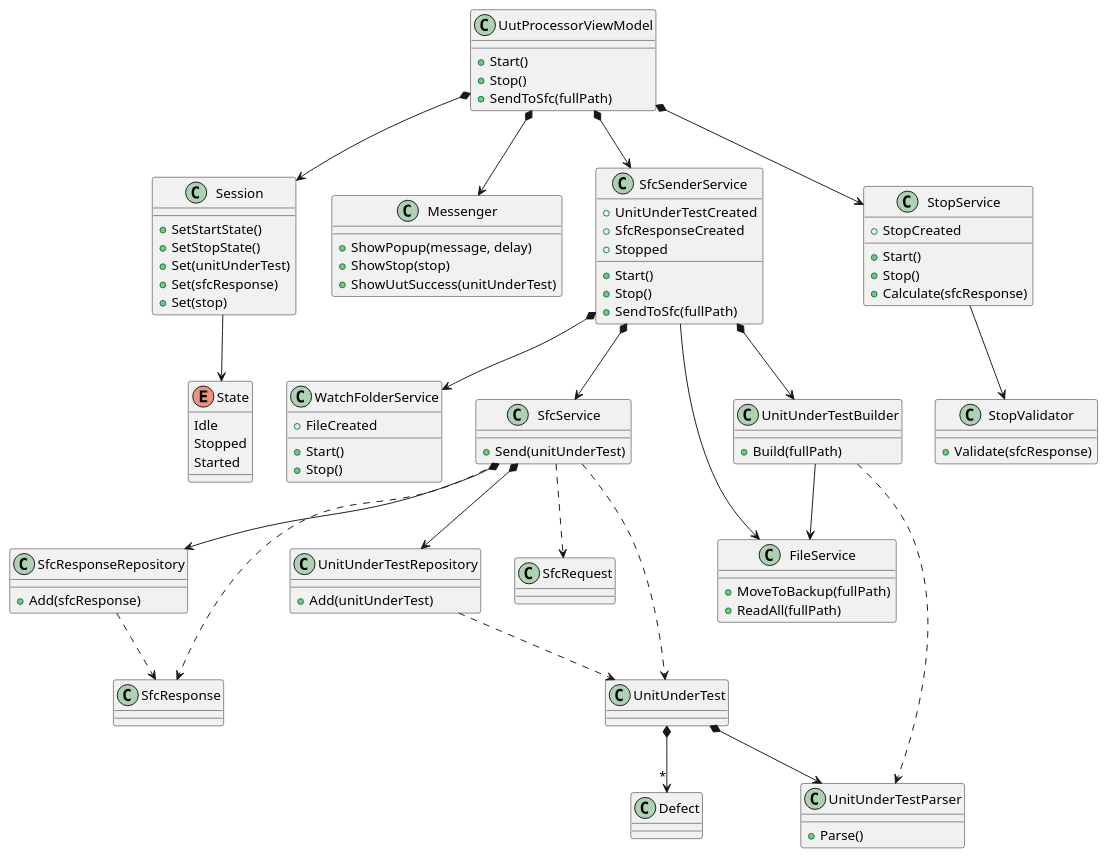
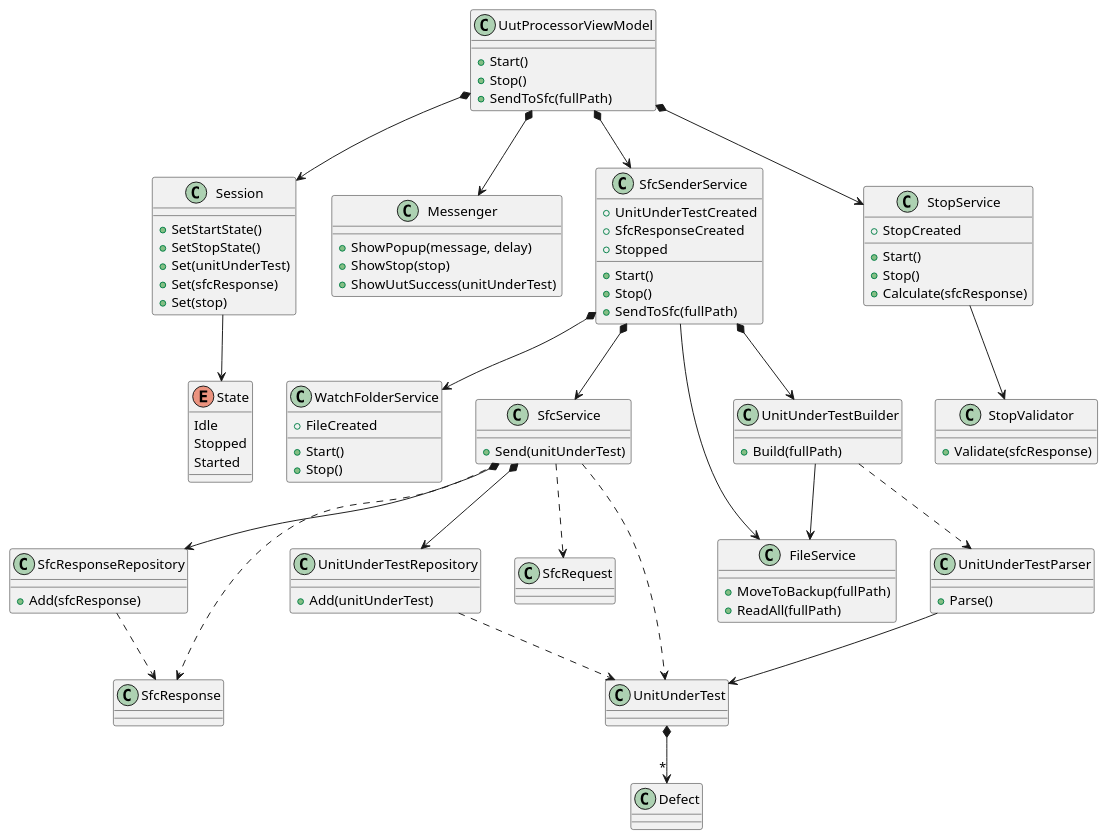
One commit to zhusihan-python/Hermes changed the diagram in Docs/Design View/Design/ProcessUut.puml. Above: the diagram before and after it, drawn with PlantUML. The commit also changed 12 other files, not shown here.

```diff
--- a/Docs/Design View/Design/ProcessUut.puml
+++ b/Docs/Design View/Design/ProcessUut.puml
@@ -1,118 +1,117 @@
 @startuml ProcessUut Design
 'VIEW MODELS'
 class UutProcessorViewModel{
     + Start()
     + Stop()
     + SendToSfc(fullPath)
 }
 UutProcessorViewModel *--> Session
 UutProcessorViewModel *--> Messenger
 UutProcessorViewModel *--> SfcSenderService
 UutProcessorViewModel *--> StopService
 
 
 'SERVICES'
 class SfcSenderService{
     + UnitUnderTestCreated
     + SfcResponseCreated
     + Stopped
     
     + Start()
     + Stop()
     + SendToSfc(fullPath)
 }
 SfcSenderService *--> WatchFolderService
 SfcSenderService *--> SfcService
 SfcSenderService *--> UnitUnderTestBuilder
 SfcSenderService --> FileService
 
 
 class StopService{
     + StopCreated
     
     + Start()
     + Stop()
     + Calculate(sfcResponse)
 }
 StopService --> StopValidator
 
 class StopValidator {
     + Validate(sfcResponse)
 }
 
 class WatchFolderService{
     + FileCreated
         
     + Start()
     + Stop()
 }
 
 class Messenger {
     + ShowPopup(message, delay)
     + ShowStop(stop)
     + ShowUutSuccess(unitUnderTest)
 }
 
 class SfcService {
     + Send(unitUnderTest)
 }
 SfcService *--> SfcResponseRepository 
 SfcService *--> UnitUnderTestRepository
 SfcService ..> SfcResponse
 SfcService ..> SfcRequest
 SfcService ..> UnitUnderTest
 
 class FileService {
     + MoveToBackup(fullPath)
     + ReadAll(fullPath)
 }
 
 'DAOS'
 class UnitUnderTestRepository {
     + Add(unitUnderTest)
 }
 UnitUnderTestRepository ..> UnitUnderTest
 
 class SfcResponseRepository {
     + Add(sfcResponse)
 }
 SfcResponseRepository ..> SfcResponse
 
 'BUILDERS'
 class UnitUnderTestBuilder {
     + Build(fullPath)
 }
 UnitUnderTestBuilder --> FileService
 UnitUnderTestBuilder ..> UnitUnderTestParser
 
 'MODELS'
 class Session{
     + SetStartState()
     + SetStopState()
     + Set(unitUnderTest)
     + Set(sfcResponse)
     + Set(stop)
 }
 Session --> State
 
 class UnitUnderTestParser {
     + Parse()
 }
-
+UnitUnderTestParser --> UnitUnderTest 
 
 class UnitUnderTest {}
-UnitUnderTest *--> UnitUnderTestParser
 UnitUnderTest *--> "*" Defect
 
 class Defect {}
 
 class SfcResponse {}
 class SfcRequest {}
 
 'TYPES'
 enum State {
     Idle
     Stopped
     Started
 }
 @enduml
```
